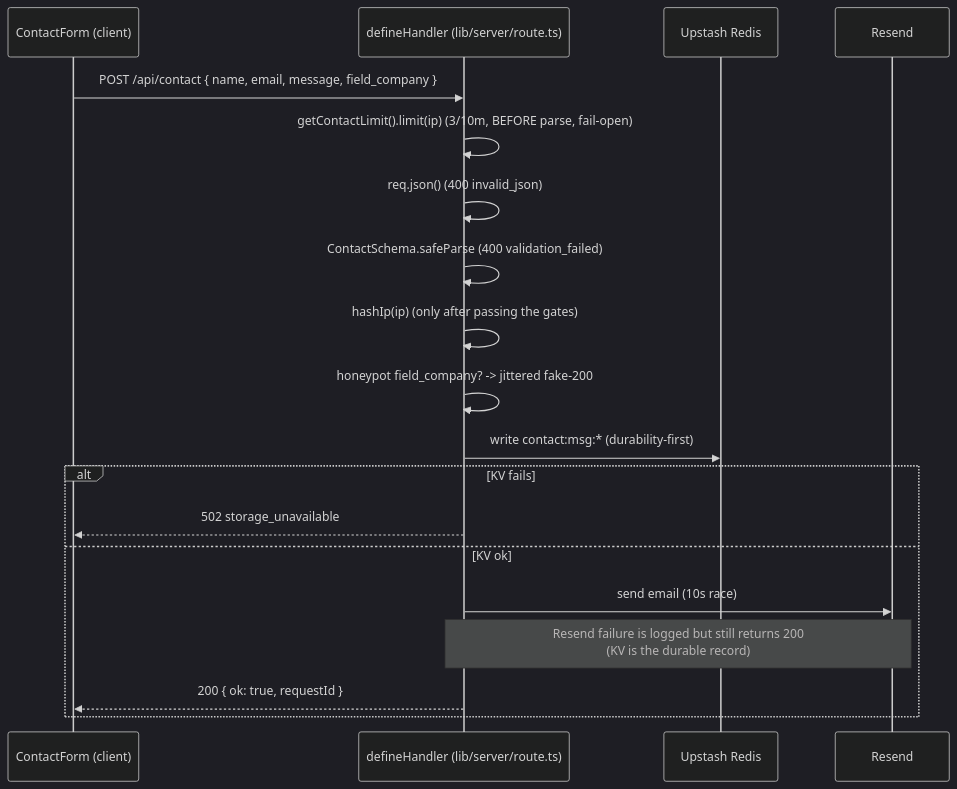
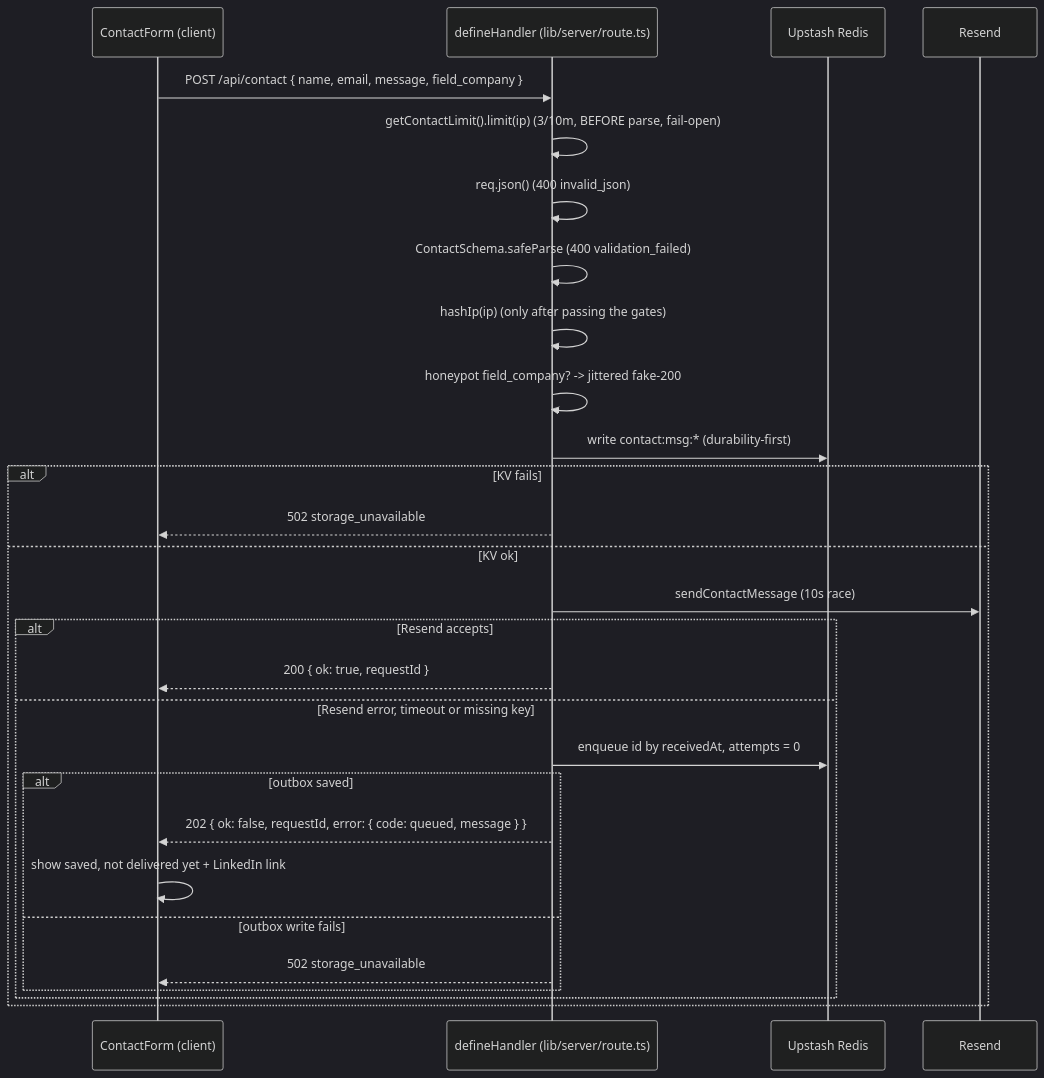
The fifth of 6 diagrams in docs/03-rendering-and-data-flow.md (erikunha/portfolio), drawn with Mermaid (dark theme) before and after one commit. The commit also changed other lines of this file and 21 other files, not shown here.

First line of the commit message:
feat(contact): honest delivery result and daily outbox retry

````diff
--- a/docs/03-rendering-and-data-flow.md
+++ b/docs/03-rendering-and-data-flow.md
@@ -137,22 +138,31 @@
 ```mermaid
 sequenceDiagram
     participant F as ContactForm (client)
     participant H as defineHandler (lib/server/route.ts)
     participant KV as Upstash Redis
     participant RS as Resend
 
     F->>H: POST /api/contact { name, email, message, field_company }
     H->>H: getContactLimit().limit(ip)  (3/10m, BEFORE parse, fail-open)
     H->>H: req.json() (400 invalid_json)
     H->>H: ContactSchema.safeParse (400 validation_failed)
     H->>H: hashIp(ip)  (only after passing the gates)
     H->>H: honeypot field_company? -> jittered fake-200
     H->>KV: write contact:msg:* (durability-first)
     alt KV fails
         H-->>F: 502 storage_unavailable
     else KV ok
-        H->>RS: send email (10s race)
-        Note over H,RS: Resend failure is logged but still returns 200<br/>(KV is the durable record)
-        H-->>F: 200 { ok: true, requestId }
+        H->>RS: sendContactMessage (10s race)
+        alt Resend accepts
+            H-->>F: 200 { ok: true, requestId }
+        else Resend error, timeout or missing key
+            H->>KV: enqueue id by receivedAt, attempts = 0
+            alt outbox saved
+                H-->>F: 202 { ok: false, requestId, error: { code: queued, message } }
+                F->>F: show saved, not delivered yet + LinkedIn link
+            else outbox write fails
+                H-->>F: 502 storage_unavailable
+            end
+        end
     end
 ```
````
